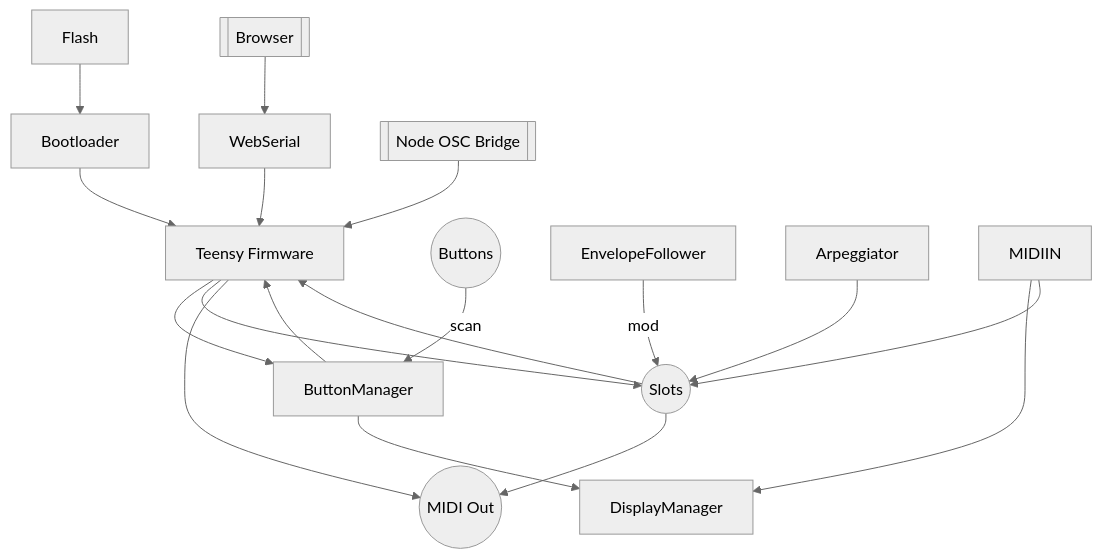
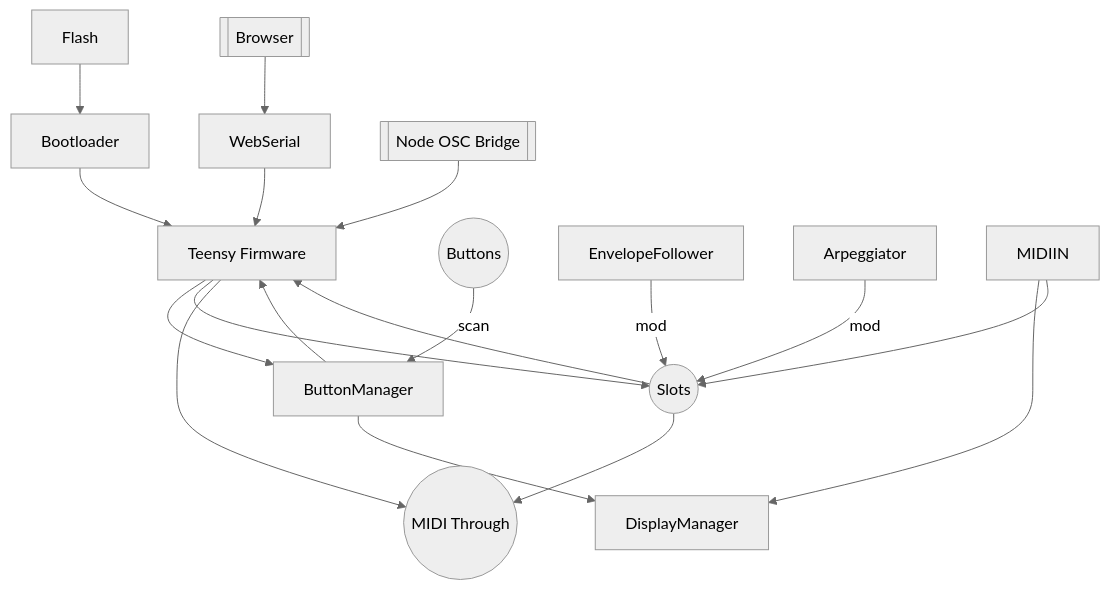
One commit to bseverns/MOARkNOBS-42 changed the diagram in docs/README.md. Above: the diagram before and after it, drawn with Mermaid (neutral theme).

````diff
--- a/docs/README.md
+++ b/docs/README.md
@@ -20,14 +20,14 @@
 ```mermaid
 flowchart TD
   Flash --> Loader[Bootloader] --> FW[Teensy Firmware]
   FW --> BM[ButtonManager] --> DM[DisplayManager]
   Buttons((Buttons)) -->|scan| BM --> FW
   EF[EnvelopeFollower] -->|mod| Slots((Slots))
-  ARP[Arpeggiator] --> Slots((Slots))
+  ARP[Arpeggiator] -->|mod| Slots((Slots))
   MIDIIN --> DM[DisplayManager]
   MIDIIN --> Slots((Slots)) --> FW
   Browser[[Browser]] --> WebSerial --> FW
   NodeOSC[[Node OSC Bridge]] --> FW
   FW --> Slots((Slots)) --> MIDIOut((MIDI Out))
-  FW --> MIDIOut((MIDI Out))
+  FW --> MIDIOut((MIDI Through))
 ```
````
